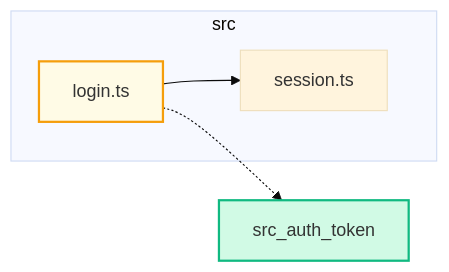
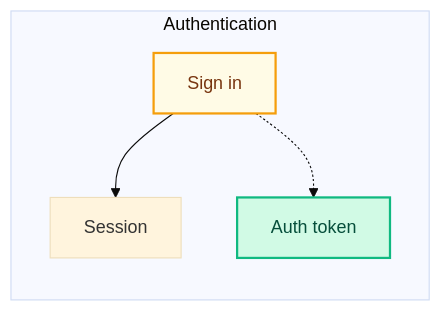
Before and after one commit to ian-klopper/mermaid-pr: the diagram in agent/mermaid-pr.md, drawn with Mermaid (base theme). The commit also changed other lines of this file and 4 other files, not shown here.

````diff
--- a/agent/mermaid-pr.md
+++ b/agent/mermaid-pr.md
@@ -80,21 +114,18 @@
 ```mermaid
 graph LR
-  %% Edge classification is approximate ...
+  classDef added fill:#d1fae5,stroke:#10b981,stroke-width:2px,color:#064e3b;
+  classDef modified fill:#fffbe6,stroke:#f59e0b,stroke-width:2px,color:#78350f;
+  classDef removed fill:#fee2e2,stroke:#ef4444,stroke-width:2px,stroke-dasharray:5 3,color:#7f1d1d;
 
-  classDef added fill:#d1fae5,stroke:#10b981,stroke-width:2px;
-  classDef modified fill:#fffbe6,stroke:#f59e0b,stroke-width:2px;
-  classDef removed fill:#fee2e2,stroke:#ef4444,stroke-width:2px,stroke-dasharray:5 3;
-
-  subgraph src
-    src_auth_login["login.ts"]
-    src_auth_session["session.ts"]
+  subgraph auth["Authentication"]
+    sign_in["Sign in"]
+    session["Session"]
+    token["Auth token"]
   end
 
-  src_auth_login --> src_auth_session
-  src_auth_login -.-> src_auth_token
+  sign_in --> session
+  sign_in -.-> token
 
-  class src_auth_login modified
-  class src_auth_token added
-
-  click src_auth_login "src/auth/login.ts" "src/auth/login.ts"
+  class sign_in modified
+  class token added
 ```
````
